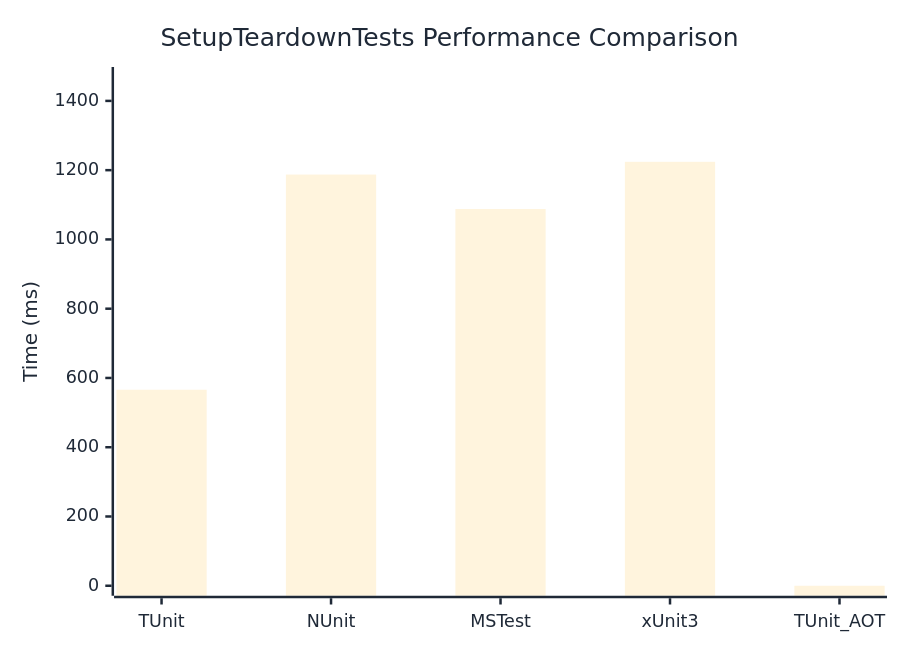
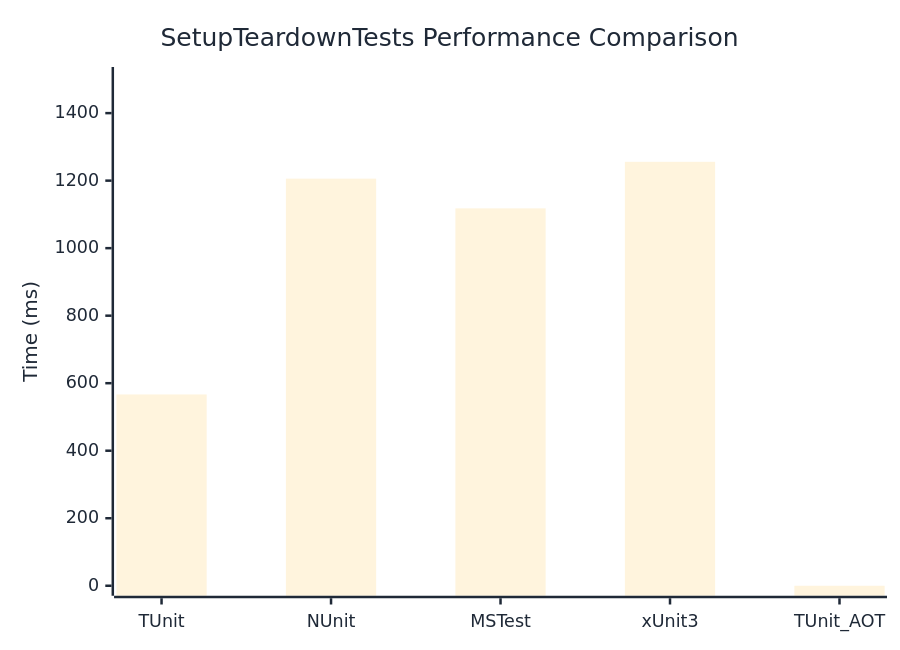
The diagram in docs/docs/benchmarks/SetupTeardownTests.md (thomhurst/TUnit), drawn with Mermaid before and after one commit. The commit also changed other lines of this file and 17 other files, not shown here.

````diff
--- a/docs/docs/benchmarks/SetupTeardownTests.md
+++ b/docs/docs/benchmarks/SetupTeardownTests.md
@@ -27,37 +27,37 @@
 ```mermaid
 %%{init: {
   'theme':'base',
   'themeVariables': {
     'primaryColor': '#2563eb',
     'primaryTextColor': '#1f2937',
     'primaryBorderColor': '#1e40af',
     'lineColor': '#6b7280',
     'secondaryColor': '#7c3aed',
     'tertiaryColor': '#dc2626',
     'background': '#ffffff',
     'mainBkg': '#2563eb',
     'secondBkg': '#7c3aed',
     'tertiaryBkg': '#dc2626',
     'clusterBkg': '#f3f4f6',
     'edgeLabelBackground': '#ffffff',
     'tertiaryTextColor': '#1f2937',
     'pie1': '#2563eb',
     'pie2': '#7c3aed',
     'pie3': '#dc2626',
     'pie4': '#f59e0b',
     'pie5': '#10b981',
     'pie6': '#06b6d4',
     'pie7': '#ec4899',
     'pie8': '#6366f1',
     'pie9': '#84cc16',
     'pie10': '#f97316',
     'pie11': '#14b8a6',
     'pie12': '#a855f7'
   }
 }}%%
 xychart-beta
   title "SetupTeardownTests Performance Comparison"
   x-axis ["TUnit", "NUnit", "MSTest", "xUnit3", "TUnit_AOT"]
-  y-axis "Time (ms)" 0 --> 1469
-  bar [566, 1187.3, 1087.8, 1224.1, 0]
+  y-axis "Time (ms)" 0 --> 1507
+  bar [566.7, 1205.9, 1117.9, 1255.8, 0]
 ```
````
